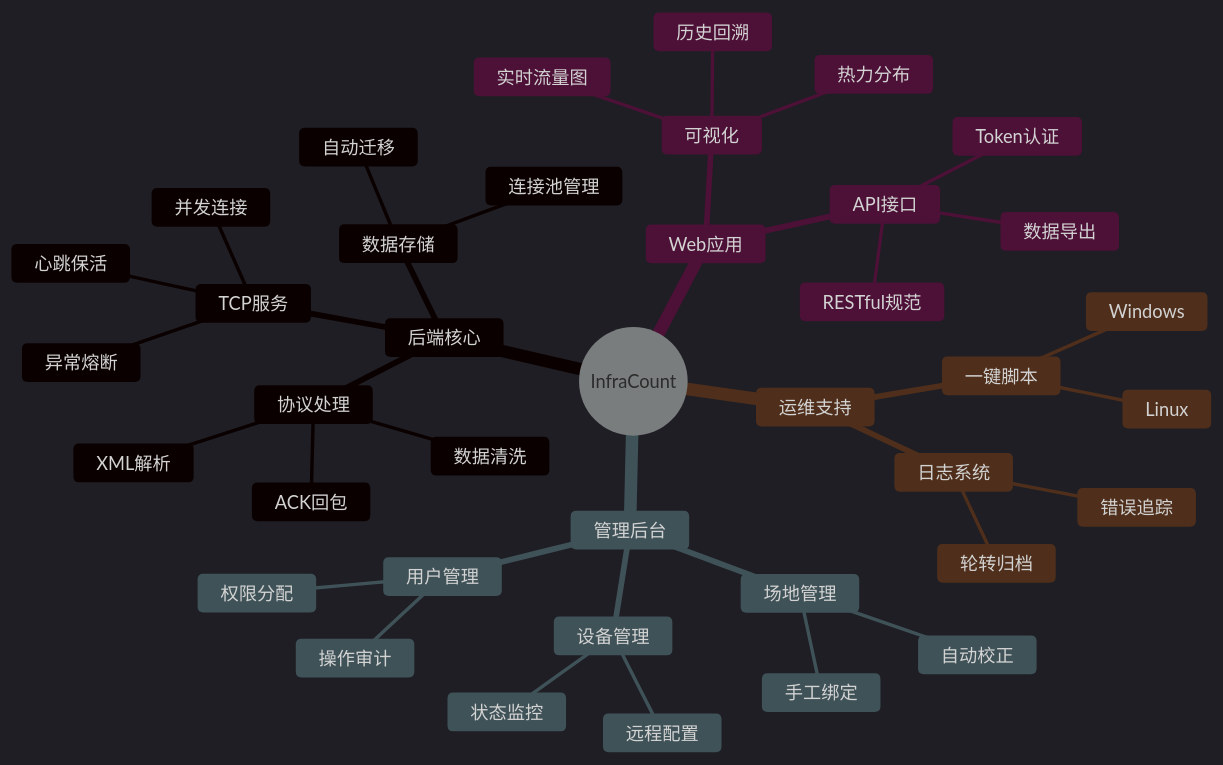
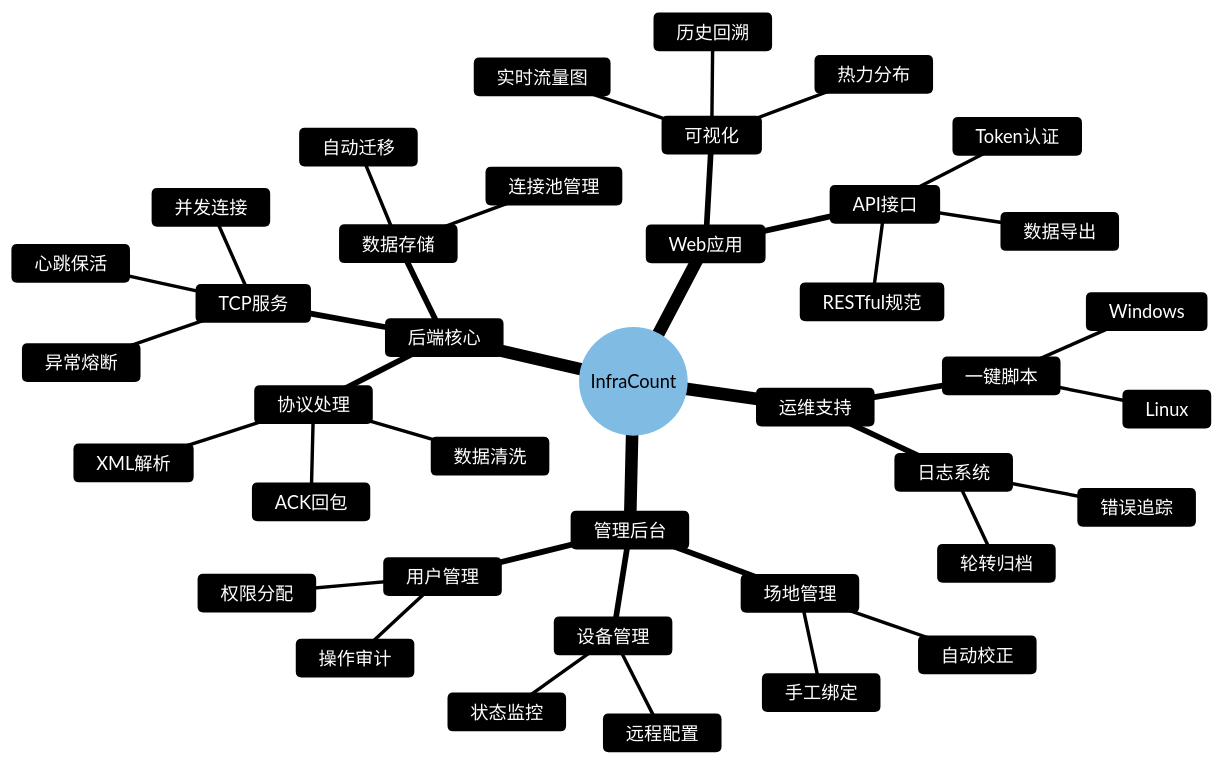
Before and after one commit to HF-CYGG/InfraCount: the third of 3 diagrams in README.md, drawn with Mermaid.

Commit message:
docs(README): 更新功能树状图的mermaid主题配置
使用base主题替代dark主题，并自定义主题变量以增强可读性和视觉效果

````diff
--- a/README.md
+++ b/README.md
@@ -180,43 +180,59 @@
 ```mermaid
-%%{init: {'theme': 'dark'}}%%
+%%{
+  init: {
+    'theme': 'base',
+    'themeVariables': {
+      'darkMode': true, 
+      'background': '#111111', 
+      'primaryColor': '#2980b9', 
+      'primaryTextColor': '#ffffff',
+      'secondaryColor': '#27ae60', 
+      'secondaryTextColor': '#ffffff',
+      'tertiaryColor': '#8e44ad', 
+      'tertiaryTextColor': '#ffffff', 
+      'lineColor': '#ffffff',
+      'fontFamily': 'Microsoft YaHei'
+    }
+  }
+}%%
 mindmap
   root((InfraCount))
     后端核心
       TCP服务
         并发连接
         心跳保活
         异常熔断
       协议处理
         XML解析
         数据清洗
         ACK回包
       数据存储
         连接池管理
         自动迁移
     Web应用
       可视化
         实时流量图
         热力分布
         历史回溯
       API接口
         RESTful规范
         Token认证
         数据导出
     管理后台
       设备管理
         状态监控
         远程配置
       场地管理
         自动校正
         手工绑定
       用户管理
         权限分配
         操作审计
     运维支持
       一键脚本
         Windows
         Linux
       日志系统
         轮转归档
         错误追踪
 ```
````
